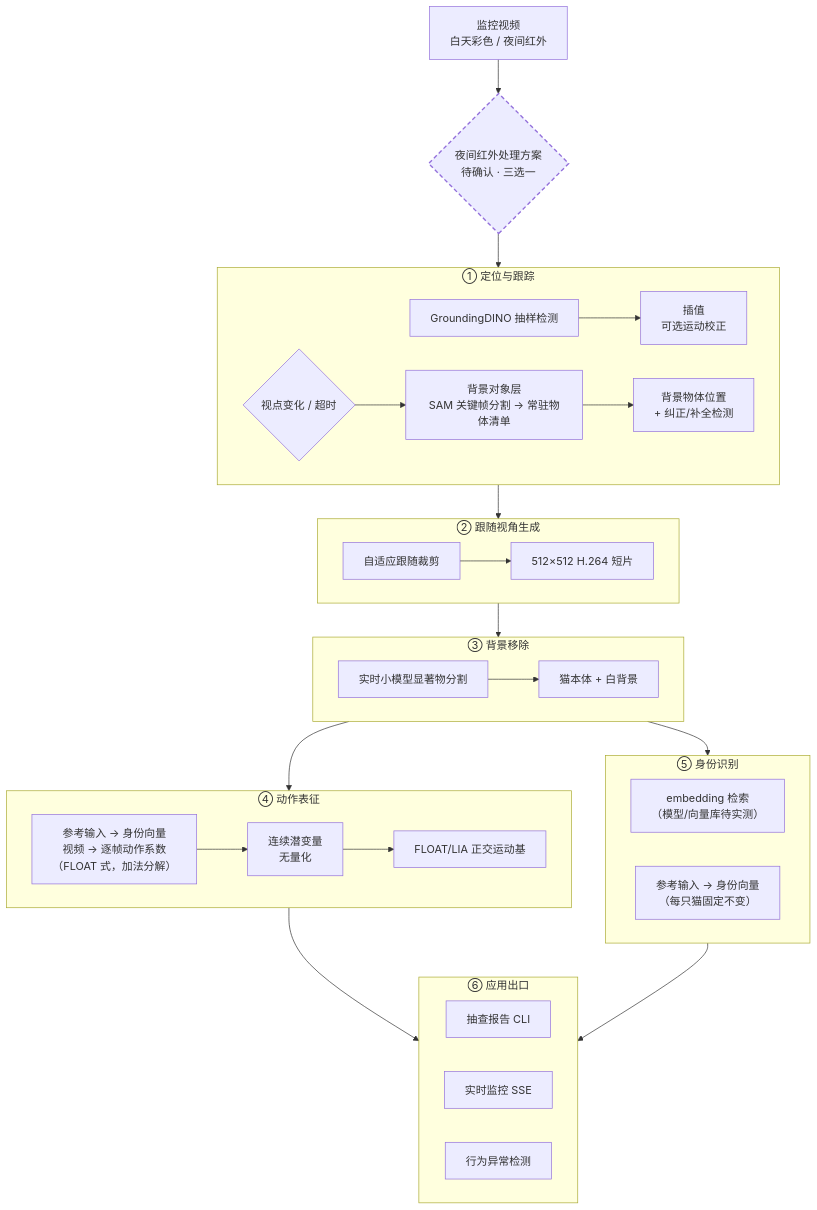
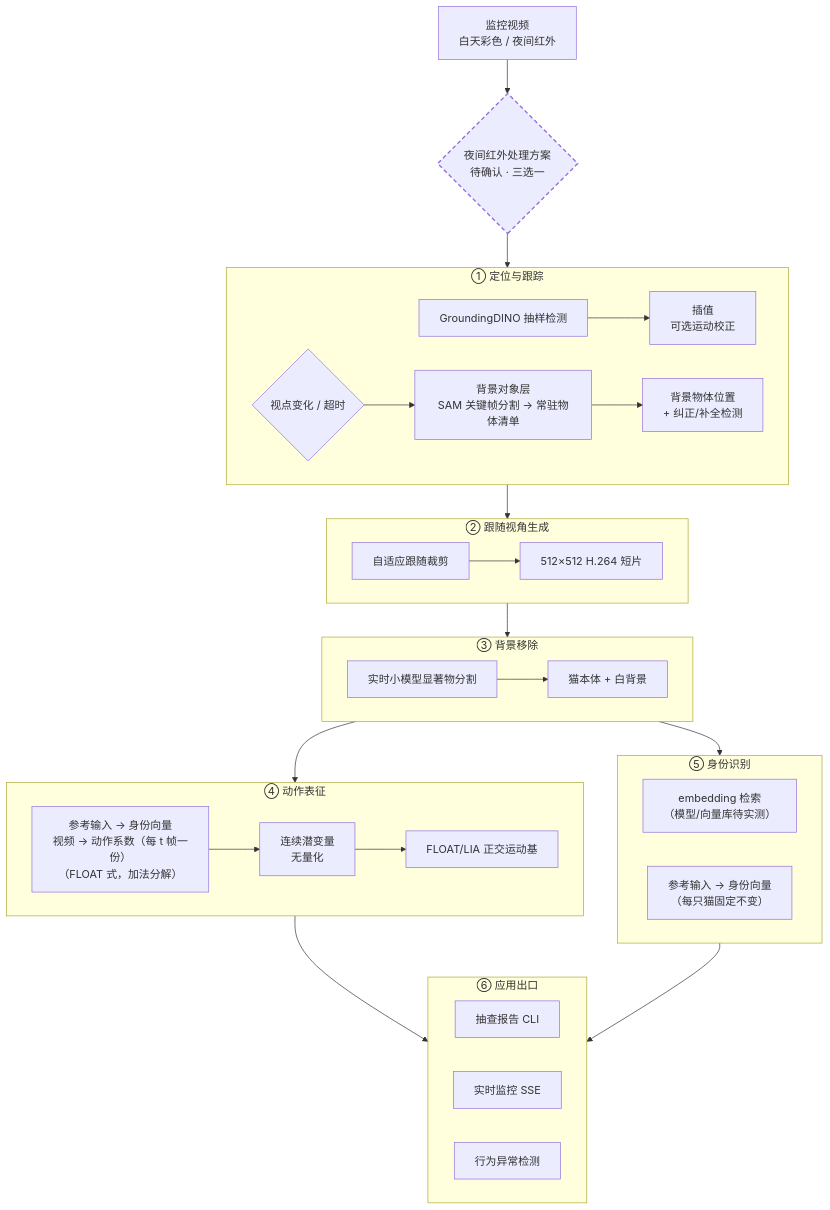
The first of 7 diagrams in management/docs/architecture.md (gongshangzheng/pet-action-recognition), drawn with Mermaid before and after one commit. The commit also changed other lines of this file and 4 other files, not shown here.

````diff
--- a/management/docs/architecture.md
+++ b/management/docs/architecture.md
@@ -42,47 +42,47 @@
 ```mermaid
 flowchart TD
     V[监控视频<br/>白天彩色 / 夜间红外] --> IRQ{"夜间红外处理方案<br/>待确认 · 三选一"}
     IRQ --> S1
 
     subgraph S1["① 定位与跟踪"]
         A1[GroundingDINO 抽样检测] --> A2[插值<br/>可选运动校正]
         T1{"视点变化 / 超时"} --> A3["背景对象层<br/>SAM 关键帧分割 → 常驻物体清单"]
         A3 --> A4["背景物体位置<br/>+ 纠正/补全检测"]
     end
 
     S1 --> S2
 
     subgraph S2["② 跟随视角生成"]
         B1[自适应跟随裁剪] --> B2[512×512 H.264 短片]
     end
 
     S2 --> S3
 
     subgraph S3["③ 背景移除"]
         C1[实时小模型显著物分割] --> C2[猫本体 + 白背景]
     end
 
     S3 --> S4
     S3 --> S5
 
     subgraph S4["④ 动作表征"]
-        D1["参考输入 → 身份向量<br/>视频 → 逐帧动作系数<br/>（FLOAT 式，加法分解）"] --> D2[连续潜变量<br/>无量化]
+        D1["参考输入 → 身份向量<br/>视频 → 动作系数（每 t 帧一份）<br/>（FLOAT 式，加法分解）"] --> D2[连续潜变量<br/>无量化]
         D2 --> D3[FLOAT/LIA 正交运动基]
     end
 
     subgraph S5["⑤ 身份识别"]
         E1["embedding 检索<br/>（模型/向量库待实测）"]
         E2["参考输入 → 身份向量<br/>（每只猫固定不变）"]
     end
 
     S4 --> S6
     S5 --> S6
 
     subgraph S6["⑥ 应用出口"]
         F1[抽查报告 CLI]
         F2[实时监控 SSE]
         F3[行为异常检测]
     end
 
     style IRQ stroke-dasharray: 6 4,stroke-width:2px
 ```
````
